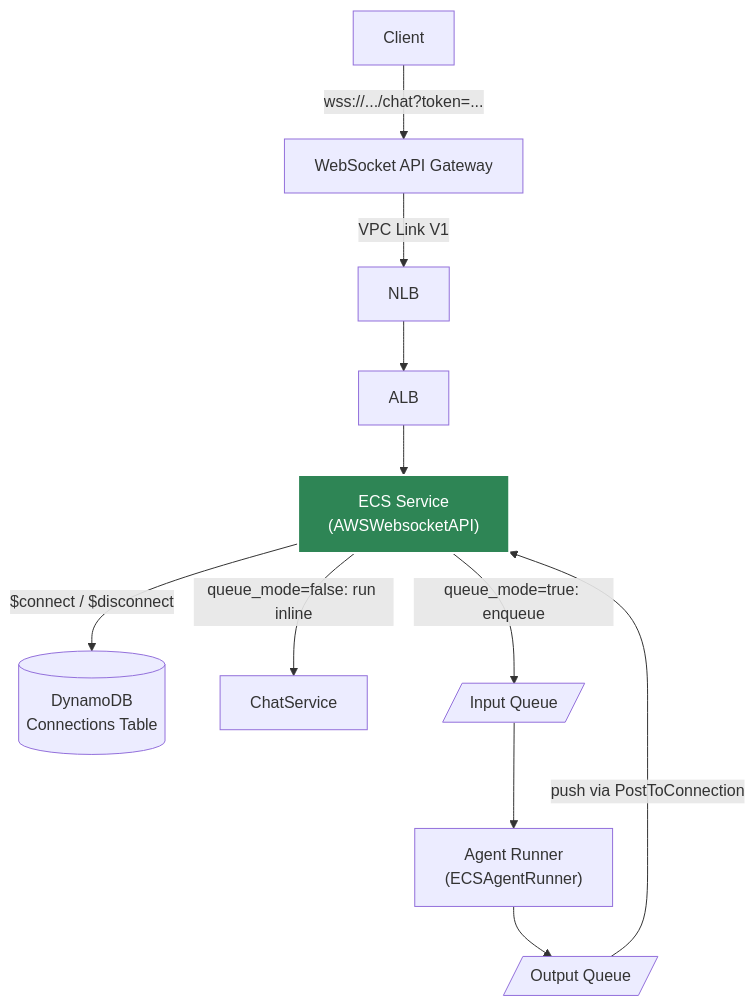
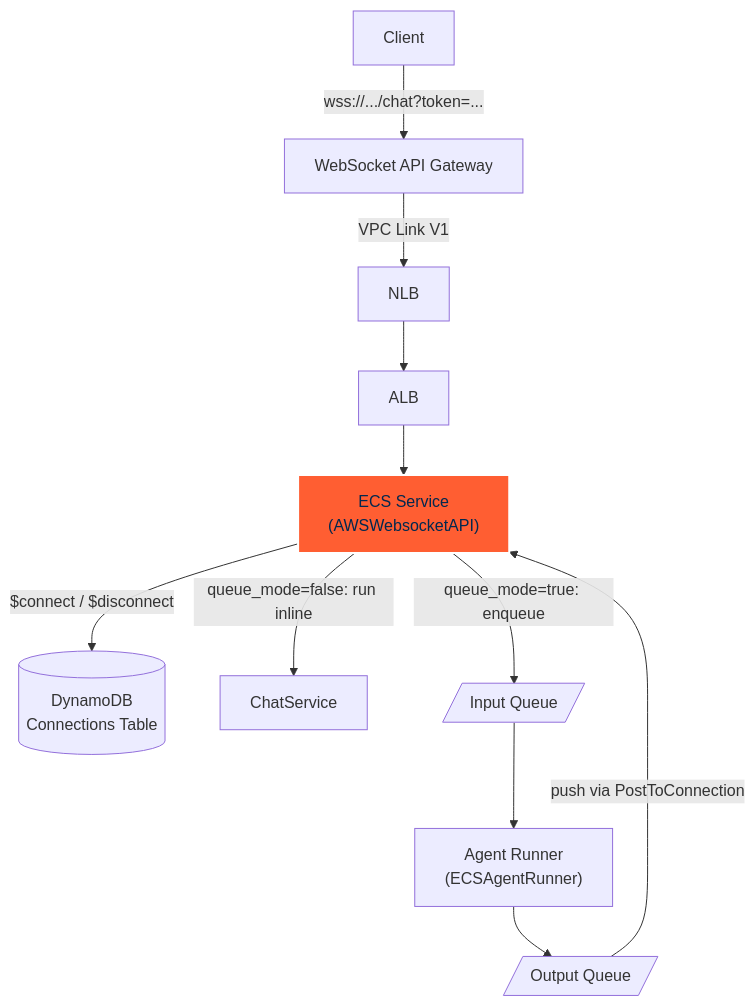
The fourth of 5 diagrams in docs/docs/deployment/aws-containerized.md (yaalalabs/agent-kernel), drawn with Mermaid before and after one commit. The commit also changed other lines of this file and 444 other files, not shown here.

````diff
--- a/docs/docs/deployment/aws-containerized.md
+++ b/docs/docs/deployment/aws-containerized.md
@@ -357,16 +357,16 @@
 ```mermaid
 graph TB
     A[Client] -->|"wss://.../chat?token=..."| B[WebSocket API Gateway]
     B -->|VPC Link V1| N[NLB]
     N --> LB[ALB]
     LB --> C["ECS Service<br/>(AWSWebsocketAPI)"]
 
     C -->|"$connect / $disconnect"| D[(DynamoDB<br/>Connections Table)]
     C -->|"queue_mode=false: run inline"| E["ChatService"]
     C -->|"queue_mode=true: enqueue"| F[/Input Queue/]
     F --> G["Agent Runner<br/>(ECSAgentRunner)"]
     G --> H[/Output Queue/]
     H -->|"push via PostToConnection"| C
 
-    style C fill:#2e8555,stroke:#fff,stroke-width:2px,color:#fff
+    style C fill:#FF5E32,stroke:#fff,stroke-width:2px,color:#02284F
 ```
````
